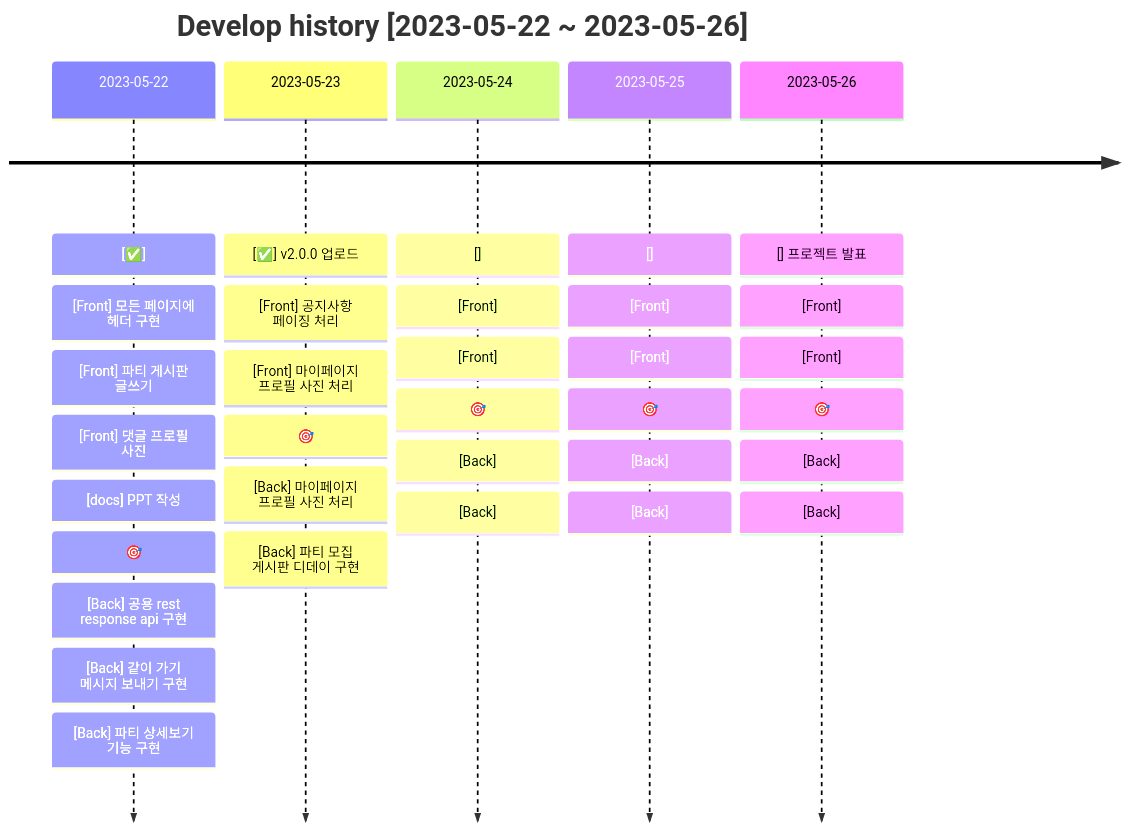
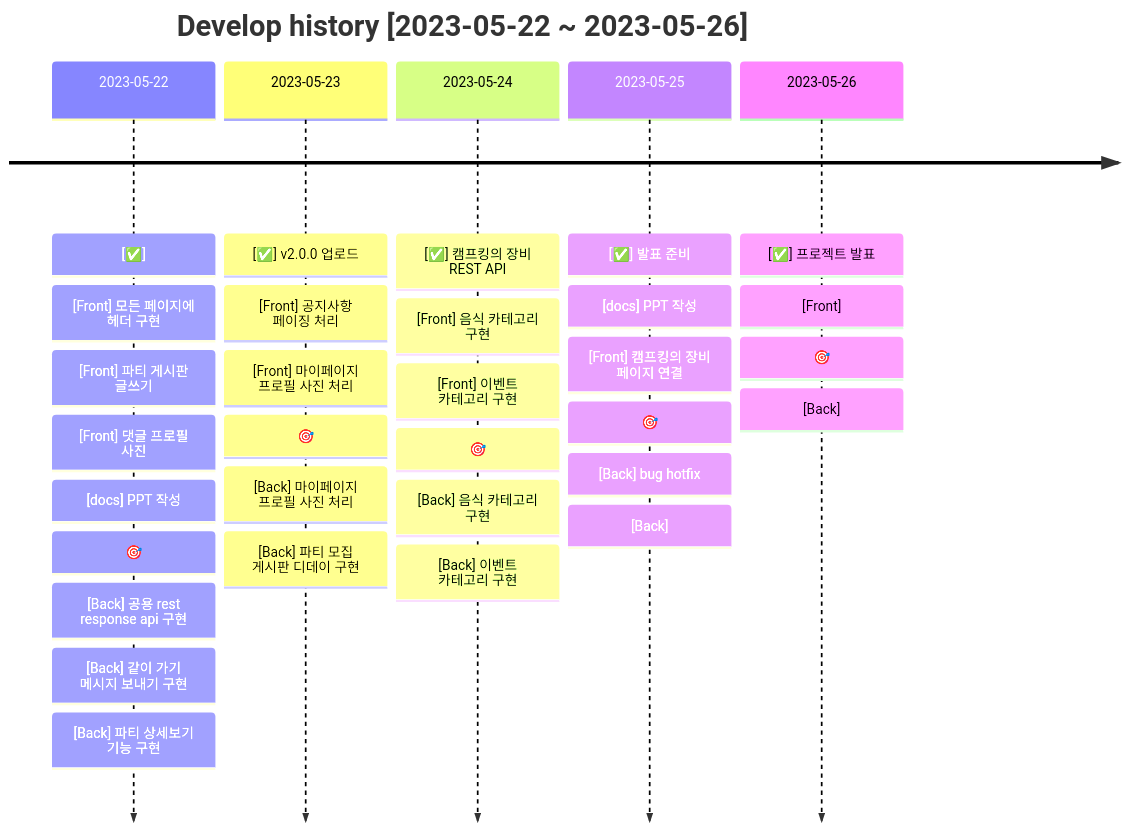
The first of 13 diagrams in docs/README.md (Choongang-Third-Project/jeju-campking), drawn with Mermaid before and after one commit. The commit also changed other lines of this file, not shown here.

````diff
--- a/docs/README.md
+++ b/docs/README.md
@@ -69,37 +69,35 @@
 ```mermaid
 timeline
     title Develop history [2023-05-22 ~ 2023-05-26]
     2023-05-22: [✅]
             : [Front] 모든 페이지에 헤더 구현
             : [Front] 파티 게시판 글쓰기
             : [Front] 댓글 프로필 사진
             : [docs] PPT 작성 
             : 🎯
             : [Back] 공용 rest response api 구현
             : [Back] 같이 가기 메시지 보내기 구현
             : [Back] 파티 상세보기 기능 구현
     2023-05-23: [✅] v2.0.0 업로드
             : [Front] 공지사항 페이징 처리
             : [Front] 마이페이지 프로필 사진 처리
             : 🎯
             : [Back] 마이페이지 프로필 사진 처리
             : [Back] 파티 모집 게시판 디데이 구현
-    2023-05-24: []
-            : [Front] 
-            : [Front] 
+    2023-05-24: [✅] 캠프킹의 장비 REST API
+            : [Front] 음식 카테고리 구현
+            : [Front] 이벤트 카테고리 구현
             : 🎯
-            : [Back]
-            : [Back]
-    2023-05-25: []
-            : [Front]
-            : [Front]
+            : [Back] 음식 카테고리 구현
+            : [Back] 이벤트 카테고리 구현
+    2023-05-25: [✅] 발표 준비
+            : [docs] PPT 작성
+            : [Front] 캠프킹의 장비 페이지 연결
             : 🎯
+            : [Back] bug hotfix
             : [Back] 
-            : [Back] 
-    2023-05-26: [] 프로젝트 발표
-            : [Front]
+    2023-05-26: [✅] 프로젝트 발표
             : [Front]
             : 🎯
             : [Back]
-            : [Back]
 ```
````
